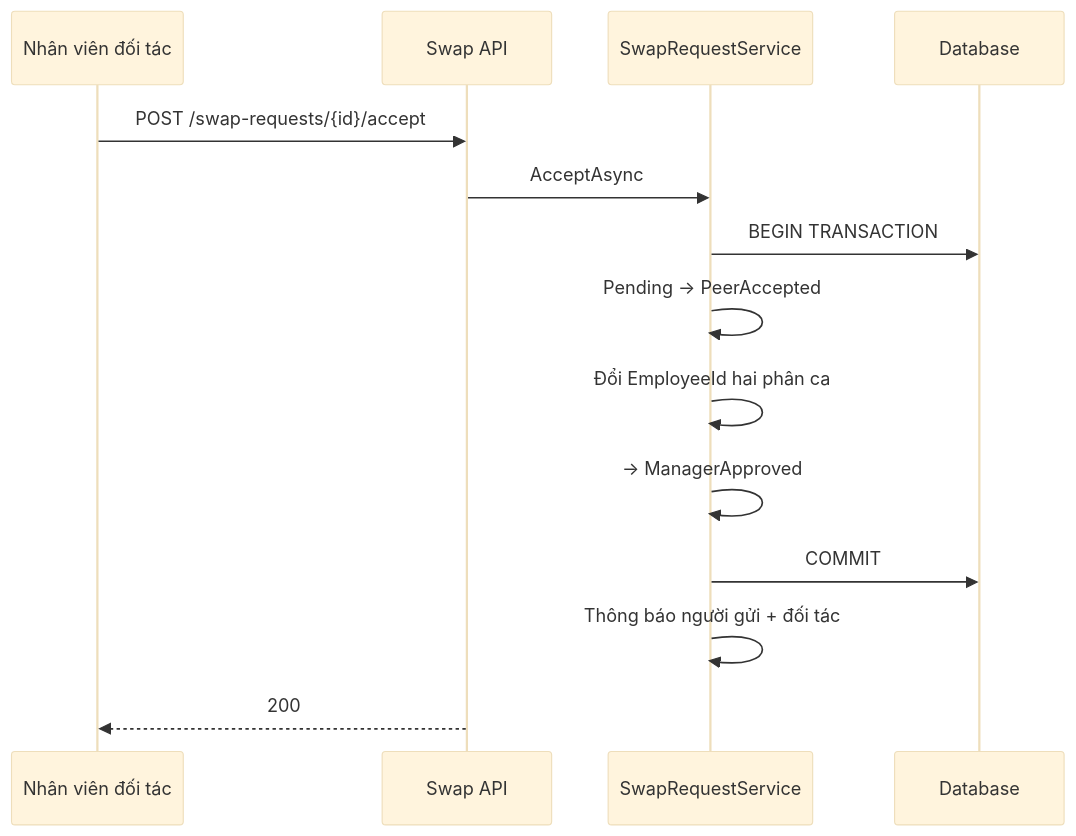
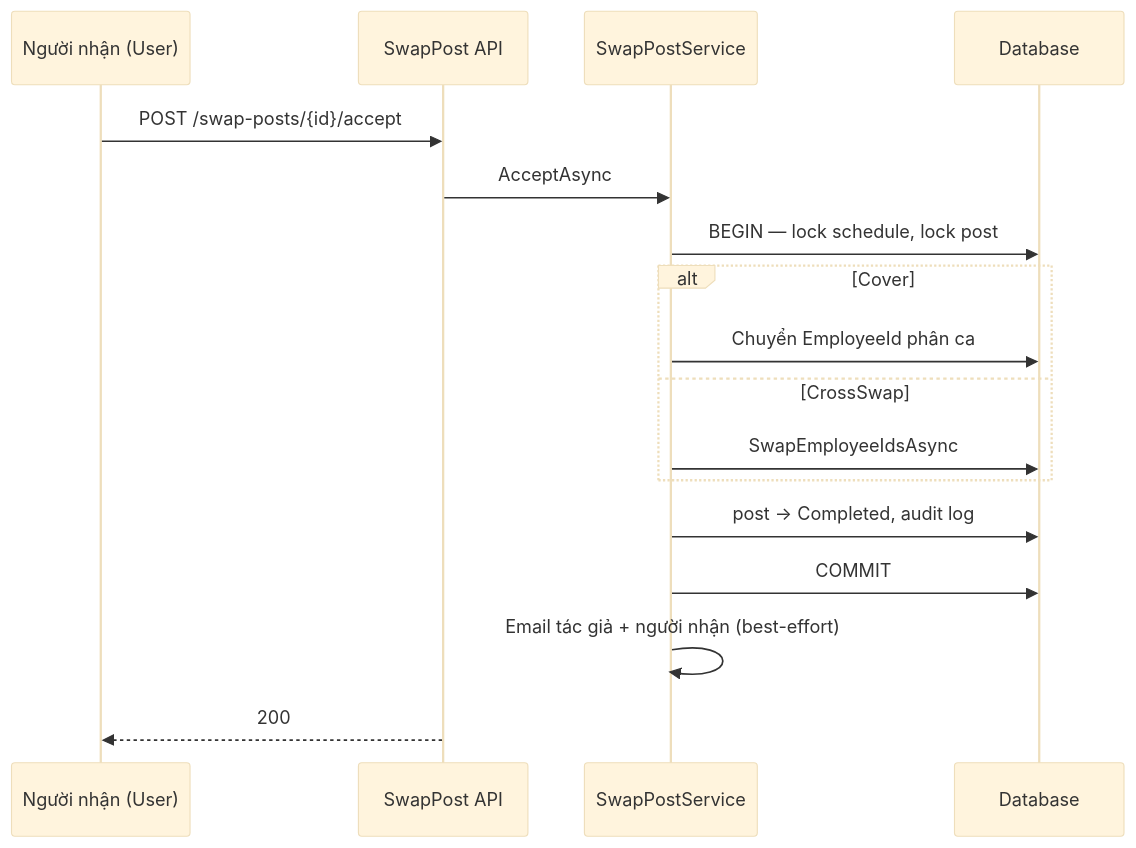
Before and after one commit to darrenak403/wokki-server: the ninth of 14 diagrams in docs/vi/process-flows.md, drawn with Mermaid (base theme). The commit also changed other lines of this file and 86 other files, not shown here.

````diff
--- a/docs/vi/process-flows.md
+++ b/docs/vi/process-flows.md
@@ -163,17 +166,20 @@
 ```mermaid
 sequenceDiagram
-    participant T as Nhân viên đối tác
-    participant API as Swap API
-    participant S as SwapRequestService
+    participant B as Người nhận (User)
+    participant API as SwapPost API
+    participant S as SwapPostService
     participant DB as Database
 
-    T->>API: POST /swap-requests/{id}/accept
+    B->>API: POST /swap-posts/{id}/accept
     API->>S: AcceptAsync
-    S->>DB: BEGIN TRANSACTION
-    S->>S: Pending → PeerAccepted
-    S->>S: Đổi EmployeeId hai phân ca
-    S->>S: → ManagerApproved
+    S->>DB: BEGIN — lock schedule, lock post
+    alt Cover
+        S->>DB: Chuyển EmployeeId phân ca
+    else CrossSwap
+        S->>DB: SwapEmployeeIdsAsync
+    end
+    S->>DB: post → Completed, audit log
     S->>DB: COMMIT
-    S->>S: Thông báo người gửi + đối tác
-    API-->>T: 200
+    S->>S: Email tác giả + người nhận (best-effort)
+    API-->>B: 200
 ```
````
